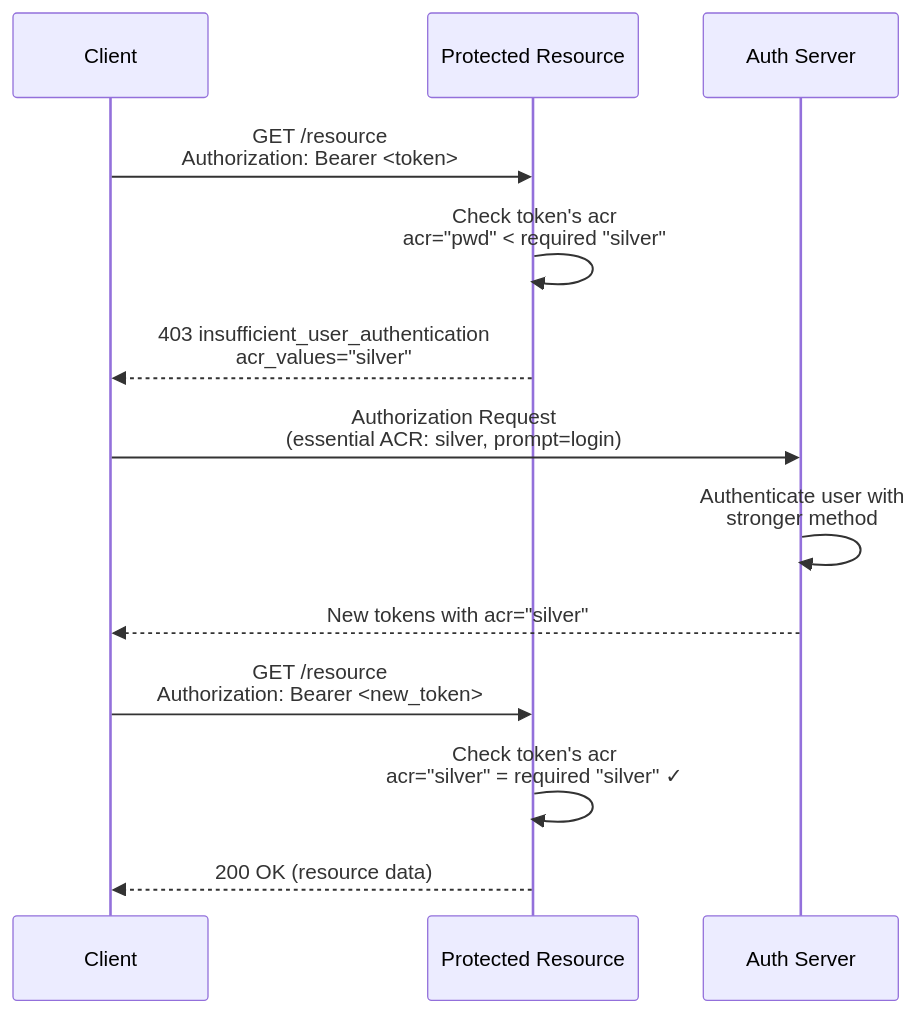
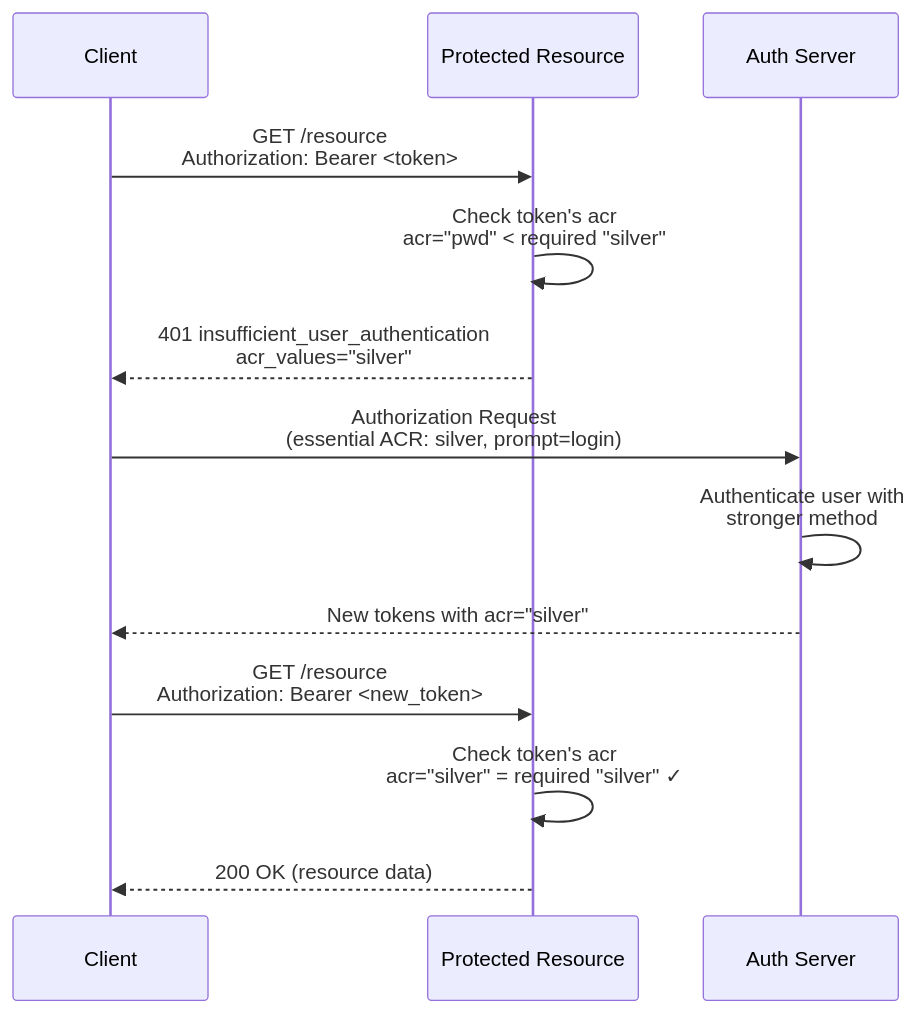
Before and after one commit to blackadi/OAUTH2.0: the first of 3 diagrams in docs/STEP-UP-AUTH-TUTORIAL.md, drawn with Mermaid. The commit also changed other lines of this file and 7 other files, not shown here.

````diff
--- a/docs/STEP-UP-AUTH-TUTORIAL.md
+++ b/docs/STEP-UP-AUTH-TUTORIAL.md
@@ -65,16 +65,16 @@
 ```mermaid
 sequenceDiagram
     participant C as Client
     participant RS as Protected Resource
     participant AS as Auth Server
 
     C->>RS: GET /resource<br/>Authorization: Bearer <token>
     RS->>RS: Check token's acr<br/>acr="pwd" < required "silver"
-    RS-->>C: 403 insufficient_user_authentication<br/>acr_values="silver"
+    RS-->>C: 401 insufficient_user_authentication<br/>acr_values="silver"
     C->>AS: Authorization Request<br/>(essential ACR: silver, prompt=login)
     AS->>AS: Authenticate user with<br/>stronger method
     AS-->>C: New tokens with acr="silver"
     C->>RS: GET /resource<br/>Authorization: Bearer <new_token>
     RS->>RS: Check token's acr<br/>acr="silver" = required "silver" ✓
     RS-->>C: 200 OK (resource data)
 ```
````
